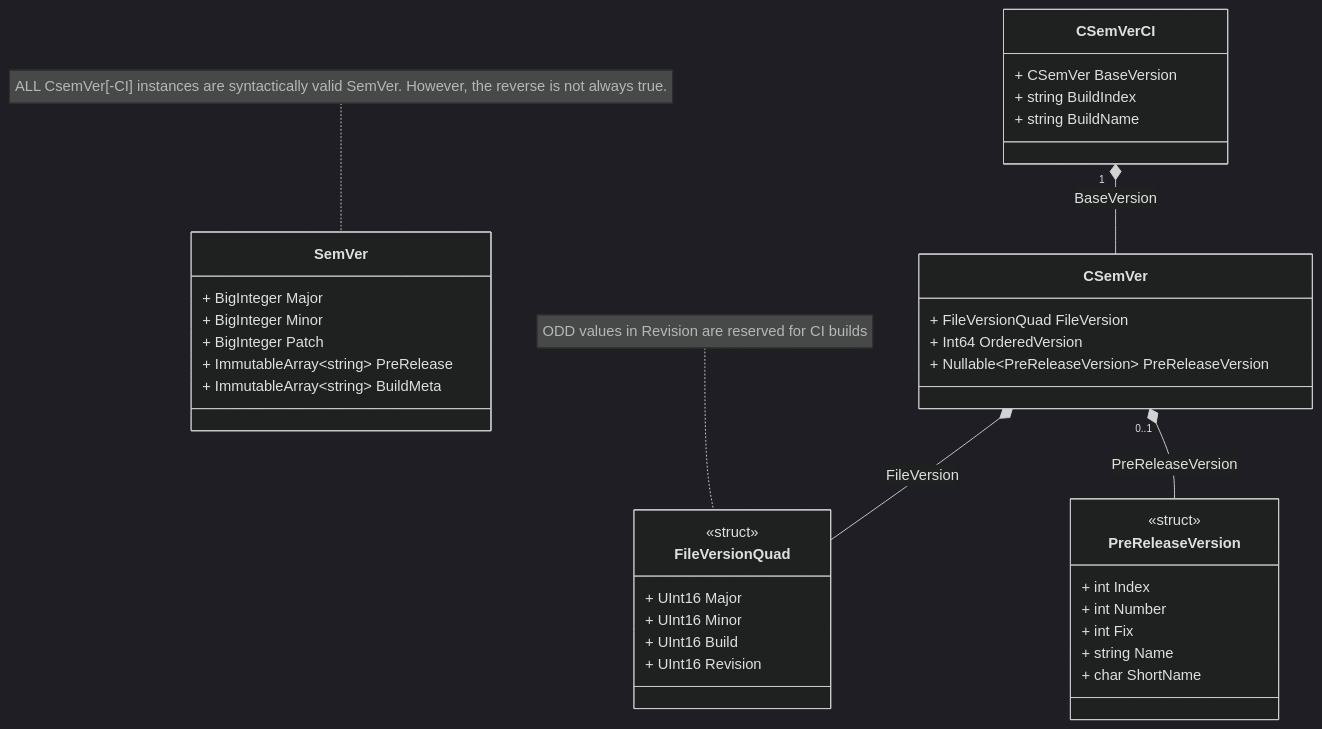
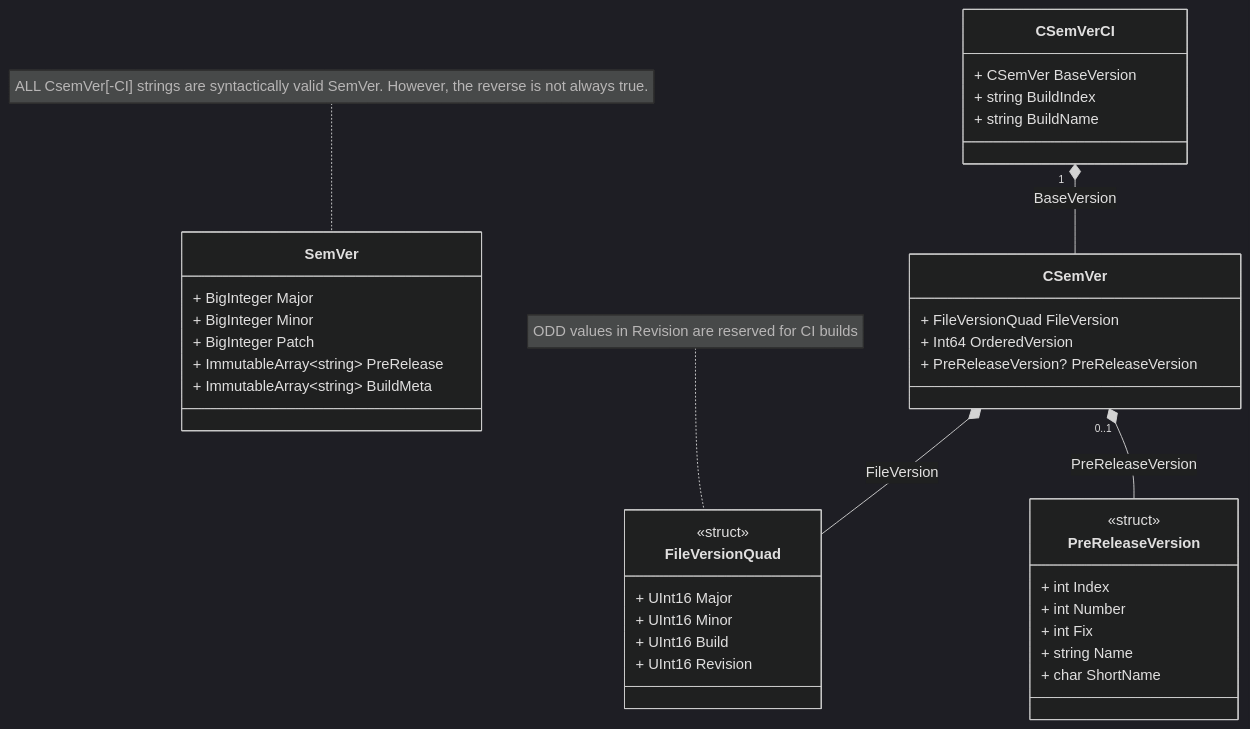
Before and after one commit to UbiquityDotNET/Ubiquity.NET.Versioning: the diagram in docfx/versioning-lib/namespaces/Ubiquit.NET.Versioning.md, drawn with Mermaid (dark theme). The commit also changed other lines of this file and 20 other files, not shown here.

````diff
--- a/docfx/versioning-lib/namespaces/Ubiquit.NET.Versioning.md
+++ b/docfx/versioning-lib/namespaces/Ubiquit.NET.Versioning.md
@@ -12,45 +12,45 @@
 ``` mermaid
 classDiagram
-    note for SemVer "ALL CsemVer[-CI] instances are syntactically valid SemVer. However, the reverse is not always true."
+    note for SemVer "ALL CsemVer[-CI] strings are syntactically valid SemVer. However, the reverse is not always true."
     class SemVer {
         + BigInteger Major
         + BigInteger Minor
         + BigInteger Patch
         + ImmutableArray~string~ PreRelease
         + ImmutableArray~string~ BuildMeta
     }
 
     class CSemVer {
         + FileVersionQuad FileVersion
         + Int64 OrderedVersion
-        + Nullable~PreReleaseVersion~ PreReleaseVersion
+        + PreReleaseVersion? PreReleaseVersion
     }
 
     class CSemVerCI {
         + CSemVer BaseVersion
         + string BuildIndex
         + string BuildName
     }
 
     class PreReleaseVersion {
         + int Index
         + int Number
         + int Fix
         + string Name
         + char ShortName
     }
 
     note for FileVersionQuad "ODD values in Revision are reserved for CI builds"
     class FileVersionQuad {
         + UInt16 Major
         + UInt16 Minor
         + UInt16 Build
         + UInt16 Revision
     }
 
     <<struct>> FileVersionQuad
     <<struct>> PreReleaseVersion
     CSemVer *-- FileVersionQuad:FileVersion
     CSemVer "0..1" *-- PreReleaseVersion:PreReleaseVersion
     CSemVerCI "1" *-- CSemVer:BaseVersion
 ```
````
